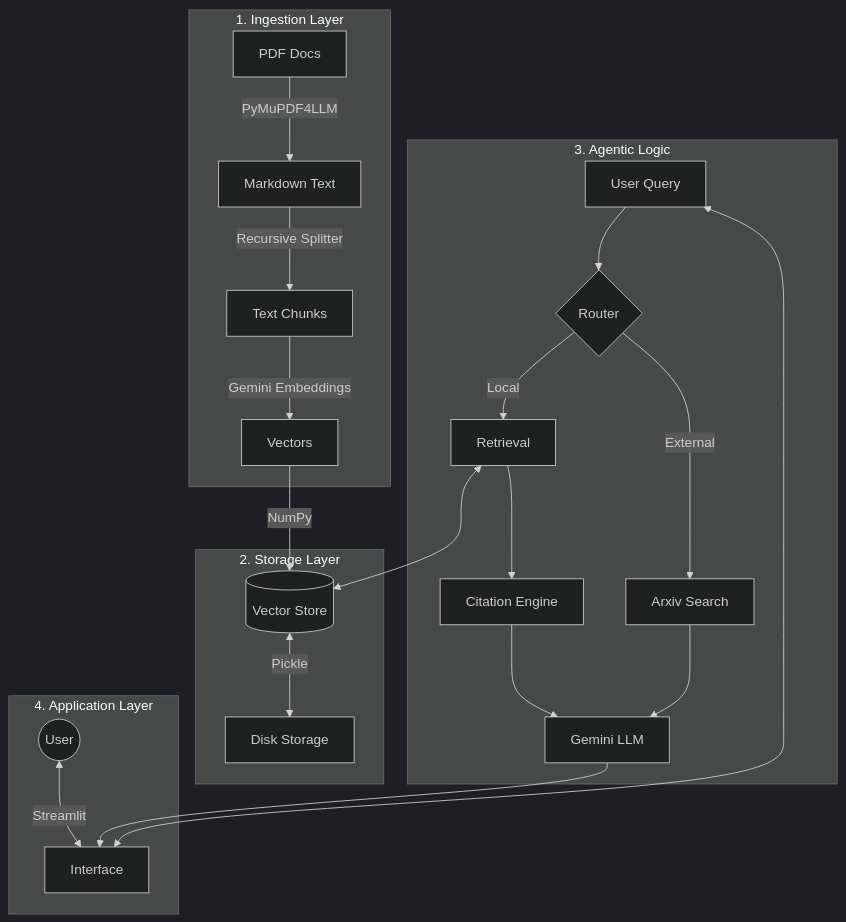
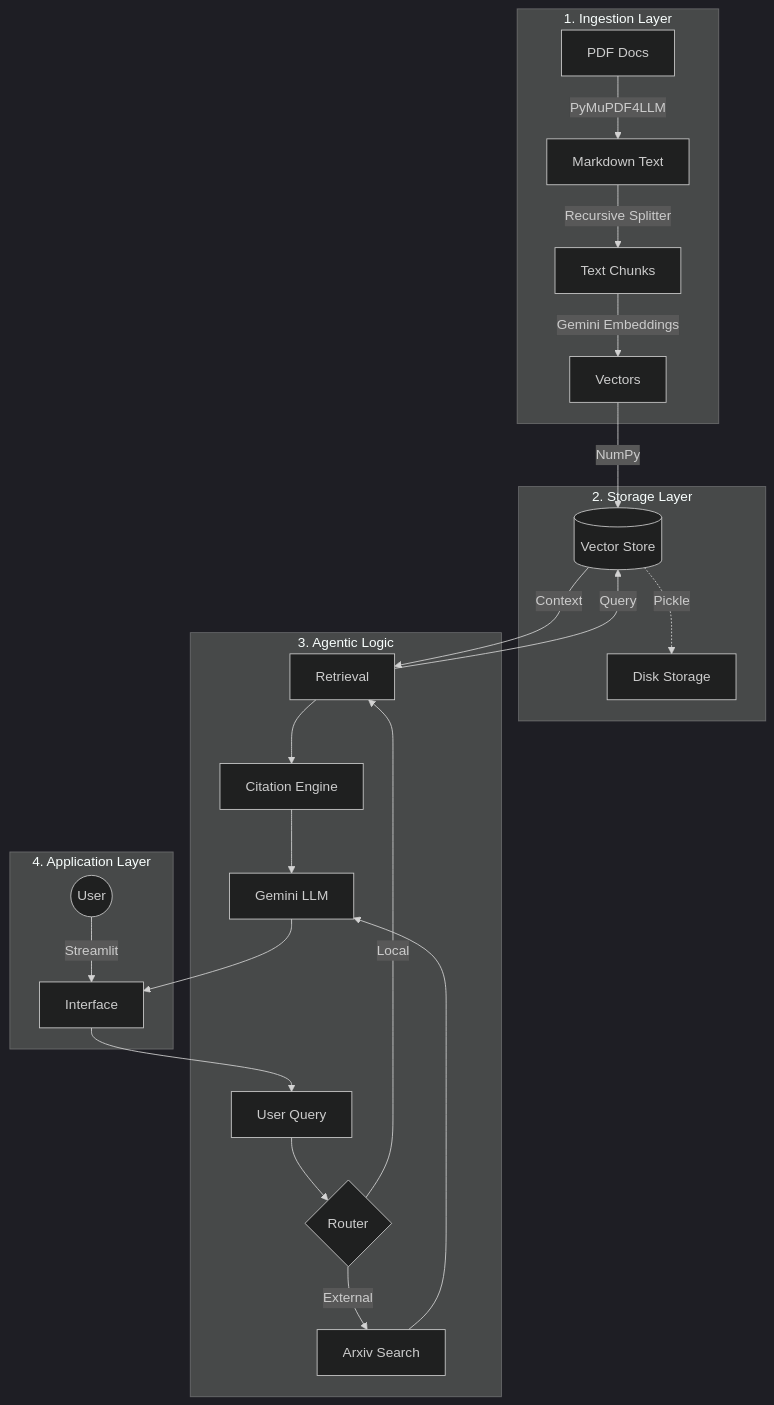
The diagram in README.md (ShaikNelofer2004/Stochastic-Agent), drawn with Mermaid (dark theme) before and after one commit.

````diff
--- a/README.md
+++ b/README.md
@@ -69,29 +69,30 @@
 ```mermaid
-graph TD
+flowchart TD
     subgraph Ingestion["1. Ingestion Layer"]
         PDF[PDF Docs] -->|PyMuPDF4LLM| Parse[Markdown Text]
         Parse -->|Recursive Splitter| Chunk[Text Chunks]
         Chunk -->|Gemini Embeddings| Vector[Vectors]
     end
 
     subgraph Storage["2. Storage Layer"]
         Vector -->|NumPy| Store[(Vector Store)]
-        Store <-->|Pickle| Disk[Disk Storage]
+        Store -.->|Pickle| Disk[Disk Storage]
     end
 
     subgraph Agent["3. Agentic Logic"]
         Query[User Query] --> Router{Router}
         Router -->|Local| Retrieve[Retrieval]
         Router -->|External| Web[Arxiv Search]
-        Retrieve <--> Store
+        Retrieve -->|Query| Store
+        Store -->|Context| Retrieve
         Retrieve --> Citation[Citation Engine]
         Citation --> LLM[Gemini LLM]
         Web --> LLM
     end
 
     subgraph App["4. Application Layer"]
-        User((User)) <-->|Streamlit| UI[Interface]
-        UI <--> Query
+        User((User)) -->|Streamlit| UI[Interface]
+        UI --> Query
         LLM --> UI
     end
 ```
````
